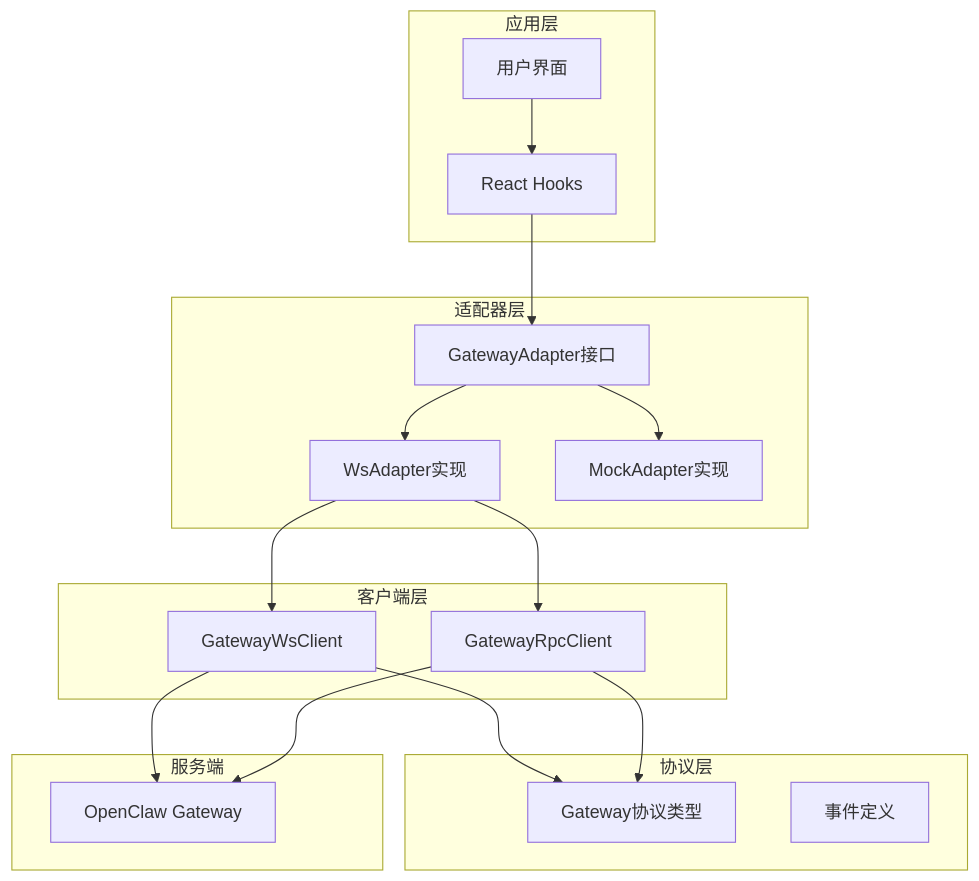
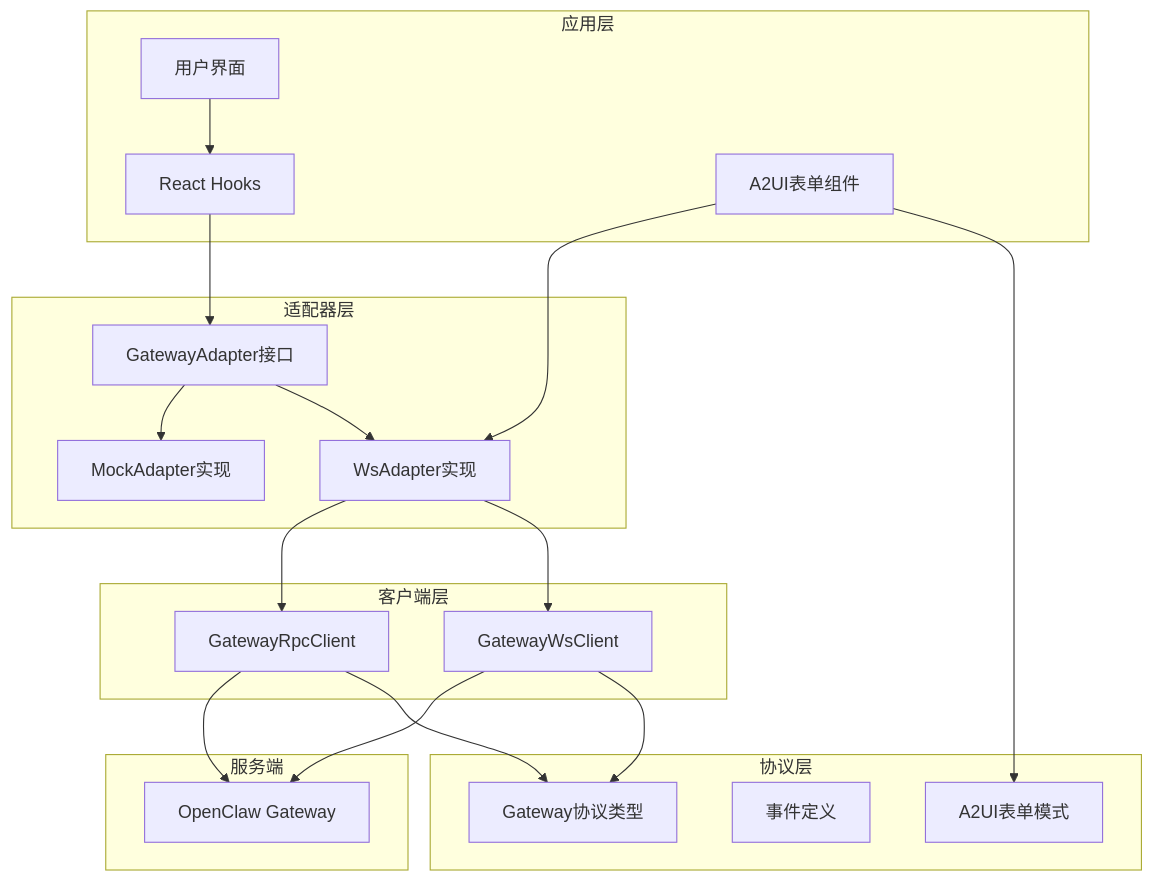
The first of 10 diagrams in .qoder/repowiki/zh/content/网关通信层/WebSocket适配器.md (WW-AI-Lab/openclaw-office), drawn with Mermaid before and after one commit. The commit also changed other lines of this file and 5 other files, not shown here.

````diff
--- a/.qoder/repowiki/zh/content/网关通信层/WebSocket适配器.md
+++ b/.qoder/repowiki/zh/content/网关通信层/WebSocket适配器.md
@@ -42,33 +56,37 @@
 ```mermaid
 graph TB
 subgraph "应用层"
 UI[用户界面]
 Hooks[React Hooks]
+A2UI[A2UI表单组件]
 end
 subgraph "适配器层"
 Adapter[GatewayAdapter接口]
 WsAdapter[WsAdapter实现]
 MockAdapter[MockAdapter实现]
 end
 subgraph "客户端层"
 WSClient[GatewayWsClient]
 RPCClient[GatewayRpcClient]
 end
 subgraph "协议层"
 Types[Gateway协议类型]
 Events[事件定义]
+A2UISchema[A2UI表单模式]
 end
 subgraph "服务端"
 Gateway[OpenClaw Gateway]
 end
 UI --> Hooks
 Hooks --> Adapter
 Adapter --> WsAdapter
 Adapter --> MockAdapter
 WsAdapter --> WSClient
 WsAdapter --> RPCClient
 WSClient --> Types
 RPCClient --> Types
+A2UI --> A2UISchema
+A2UI --> WsAdapter
 WSClient --> Gateway
 RPCClient --> Gateway
 ```
````
